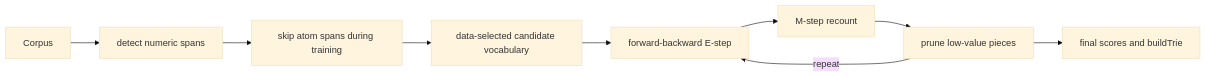
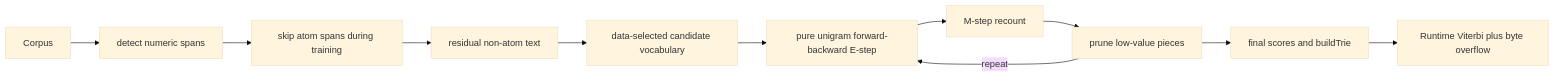
The third of 3 diagrams in resources/models/GRIM-text/Shared/UnigramByte/UnigramByte.codoc.md (Reaper3825/G.R.I.M), drawn with Mermaid (base theme) before and after one commit. The commit also changed other lines of this file and 21 other files, not shown here.

````diff
--- a/resources/models/GRIM-text/Shared/UnigramByte/UnigramByte.codoc.md
+++ b/resources/models/GRIM-text/Shared/UnigramByte/UnigramByte.codoc.md
@@ -169,11 +184,13 @@
 ```mermaid
 flowchart LR
     CORPUS[Corpus] --> DETECT[detect numeric spans]
     DETECT --> SKIP[skip atom spans during training]
-   SKIP --> CAND[data-selected candidate vocabulary]
-   CAND --> E[forward-backward E-step]
+   SKIP --> RES[residual non-atom text]
+   RES --> CAND[data-selected candidate vocabulary]
+   CAND --> E[pure unigram forward-backward E-step]
     E --> M[M-step recount]
     M --> P[prune low-value pieces]
     P -->|repeat| E
     P --> FINAL[final scores and buildTrie]
+    FINAL --> RUNTIME[Runtime Viterbi plus byte overflow]
 ```
````
